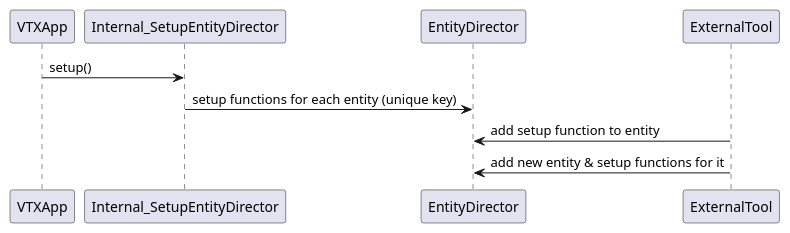
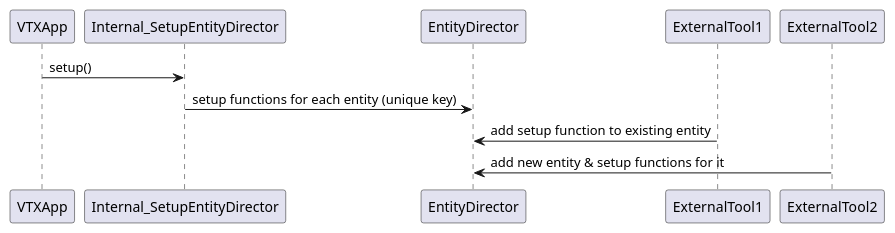
Before and after one commit to VTX-Molecular-Visualization/VTX: the fifth of 22 diagrams in DOCUMENTATION.md, drawn with PlantUML. The commit also changed other lines of this file and 4 other files, not shown here.

````diff
--- a/DOCUMENTATION.md
+++ b/DOCUMENTATION.md
@@ -211,10 +239,10 @@
 ```plantuml
 @startuml
 
 VTXApp -> Internal_SetupEntityDirector : setup()
 Internal_SetupEntityDirector -> EntityDirector : setup functions for each entity (unique key)
-ExternalTool -> EntityDirector : add setup function to entity
-ExternalTool -> EntityDirector : add new entity & setup functions for it
+ExternalTool1 -> EntityDirector : add setup function to existing entity
+ExternalTool2 -> EntityDirector : add new entity & setup functions for it
 
 @enduml
 ```
````
